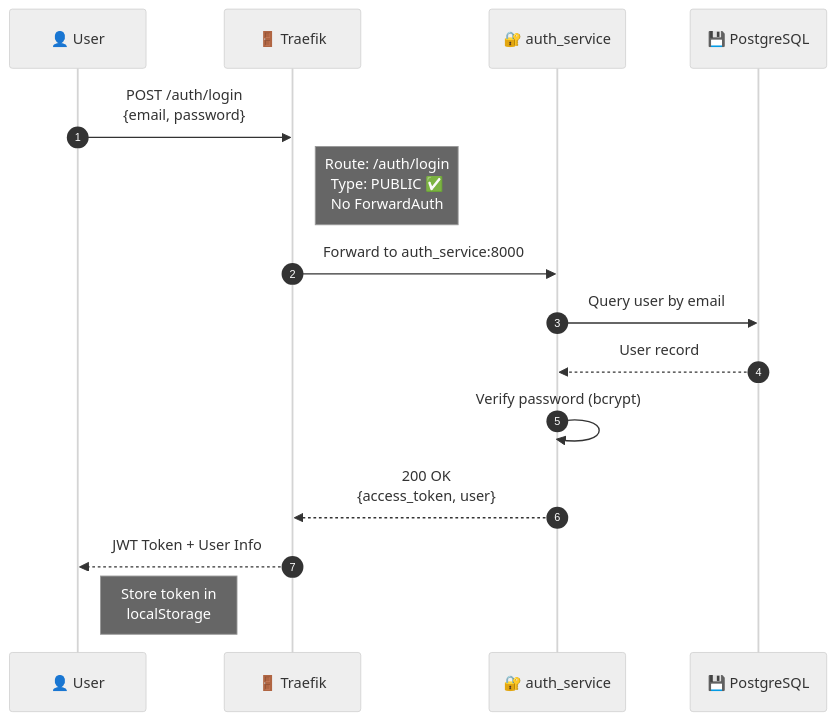
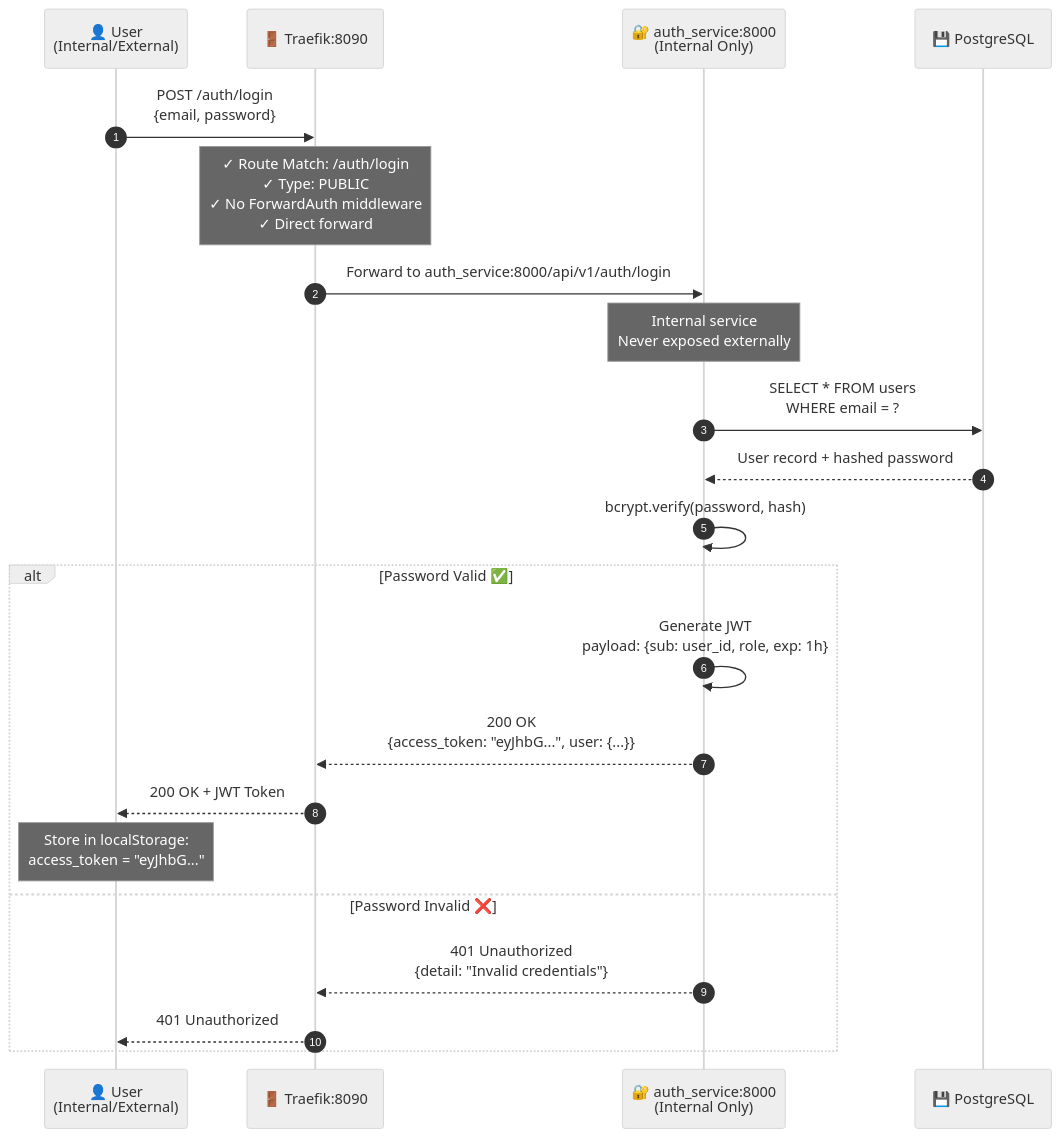
The second of 5 diagrams in README.md (aviciot/omni2-bridge), drawn with Mermaid (neutral theme) before and after one commit. The commit also changed other lines of this file, not shown here.

Commit message:
Enhanced architecture diagram with internal/external access and detailed auth flows

````diff
--- a/README.md
+++ b/README.md
@@ -192,18 +228,26 @@
 ```mermaid
 sequenceDiagram
     autonumber
-    participant U as 👤 User
-    participant T as 🚪 Traefik
-    participant A as 🔐 auth_service
+    participant U as 👤 User<br/>(Internal/External)
+    participant T as 🚪 Traefik:8090
+    participant A as 🔐 auth_service:8000<br/>(Internal Only)
     participant DB as 💾 PostgreSQL
 
     U->>T: POST /auth/login<br/>{email, password}
-    Note right of T: Route: /auth/login<br/>Type: PUBLIC ✅<br/>No ForwardAuth
-    T->>A: Forward to auth_service:8000
-    A->>DB: Query user by email
-    DB-->>A: User record
-    A->>A: Verify password (bcrypt)
-    A-->>T: 200 OK<br/>{access_token, user}
-    T-->>U: JWT Token + User Info
-    Note right of U: Store token in<br/>localStorage
+    Note over T: ✓ Route Match: /auth/login<br/>✓ Type: PUBLIC<br/>✓ No ForwardAuth middleware<br/>✓ Direct forward
+    T->>A: Forward to auth_service:8000/api/v1/auth/login
+    Note over A: Internal service<br/>Never exposed externally
+    A->>DB: SELECT * FROM users<br/>WHERE email = ?
+    DB-->>A: User record + hashed password
+    A->>A: bcrypt.verify(password, hash)
+    
+    alt Password Valid ✅
+        A->>A: Generate JWT<br/>payload: {sub: user_id, role, exp: 1h}
+        A-->>T: 200 OK<br/>{access_token: "eyJhbG...", user: {...}}
+        T-->>U: 200 OK + JWT Token
+        Note over U: Store in localStorage:<br/>access_token = "eyJhbG..."
+    else Password Invalid ❌
+        A-->>T: 401 Unauthorized<br/>{detail: "Invalid credentials"}
+        T-->>U: 401 Unauthorized
+    end
 ```
````
